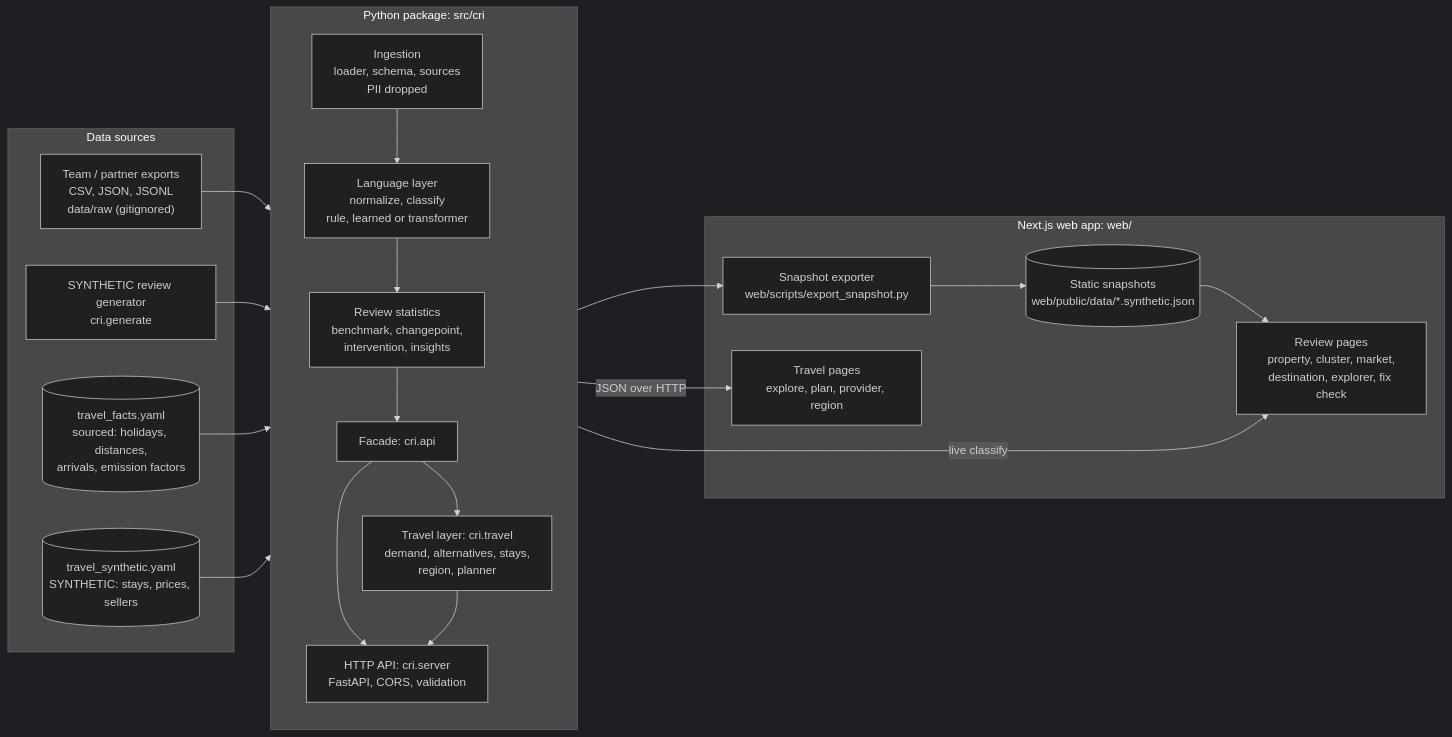
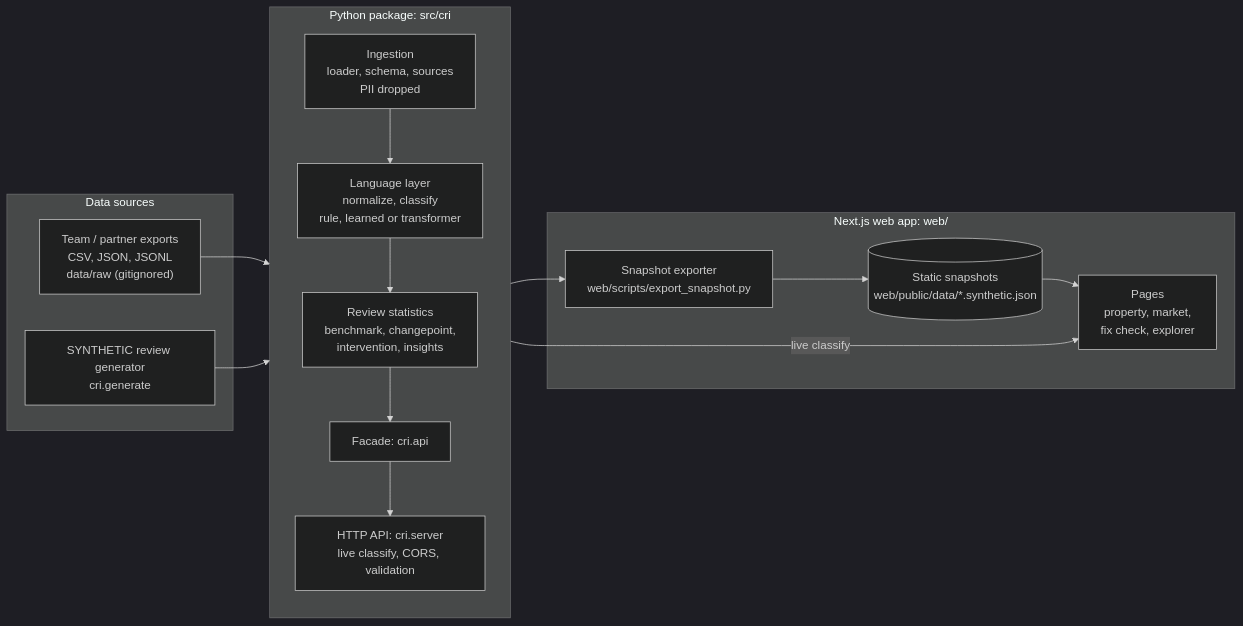
The first of 10 diagrams in README.md (AnubhavKiroula/cluster-review-intelligence), drawn with Mermaid (dark theme) before and after one commit. The commit also changed other lines of this file and 5 other files, not shown here.

````diff
--- a/README.md
+++ b/README.md
@@ -125,39 +124,30 @@
 ```mermaid
 flowchart LR
     subgraph Sources["Data sources"]
         RAW["Team / partner exports<br/>CSV, JSON, JSONL<br/>data/raw (gitignored)"]
         SYN["SYNTHETIC review generator<br/>cri.generate"]
-        FACTS[("travel_facts.yaml<br/>sourced: holidays, distances,<br/>arrivals, emission factors")]
-        TSYN[("travel_synthetic.yaml<br/>SYNTHETIC: stays, prices, sellers")]
     end
 
     subgraph Core["Python package: src/cri"]
         direction TB
         ING["Ingestion<br/>loader, schema, sources<br/>PII dropped"]
         NLP["Language layer<br/>normalize, classify<br/>rule, learned or transformer"]
         STAT["Review statistics<br/>benchmark, changepoint,<br/>intervention, insights"]
         API["Facade: cri.api"]
-        TRV["Travel layer: cri.travel<br/>demand, alternatives, stays,<br/>region, planner"]
-        SRV["HTTP API: cri.server<br/>FastAPI, CORS, validation"]
+        SRV["HTTP API: cri.server<br/>live classify, CORS, validation"]
         ING --> NLP --> STAT --> API
-        API --> TRV
         API --> SRV
-        TRV --> SRV
     end
 
     subgraph Web["Next.js web app: web/"]
         EXP["Snapshot exporter<br/>web/scripts/export_snapshot.py"]
         SNAP[("Static snapshots<br/>web/public/data/*.synthetic.json")]
-        G5["Review pages<br/>property, cluster, market,<br/>destination, explorer, fix check"]
-        TP["Travel pages<br/>explore, plan, provider, region"]
+        G5["Pages<br/>property, market,<br/>fix check, explorer"]
         EXP --> SNAP --> G5
     end
 
     RAW --> ING
     SYN --> ING
-    FACTS --> TRV
-    TSYN --> TRV
     API --> EXP
     SRV -- "live classify" --> G5
-    SRV -- "JSON over HTTP" --> TP
 ```
````
